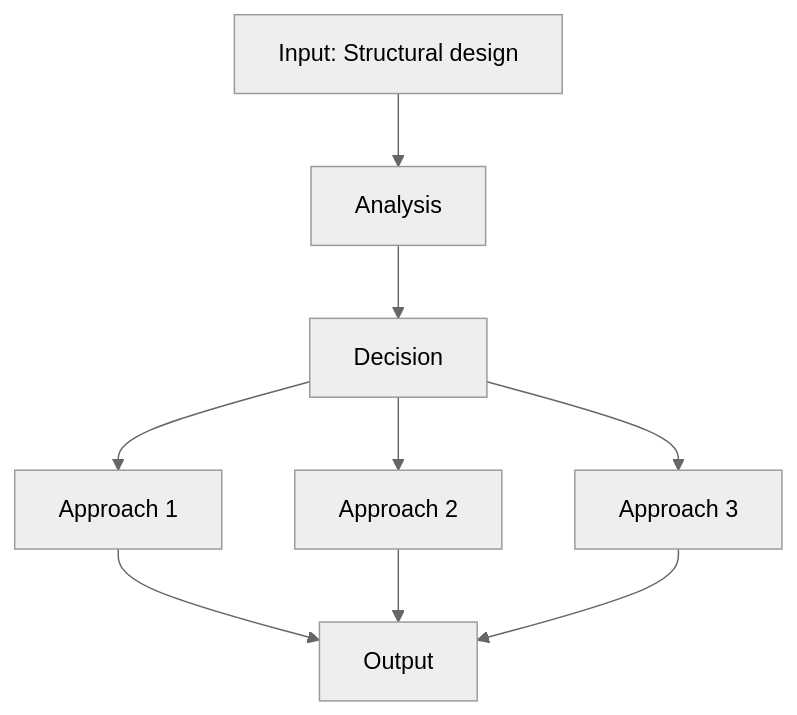
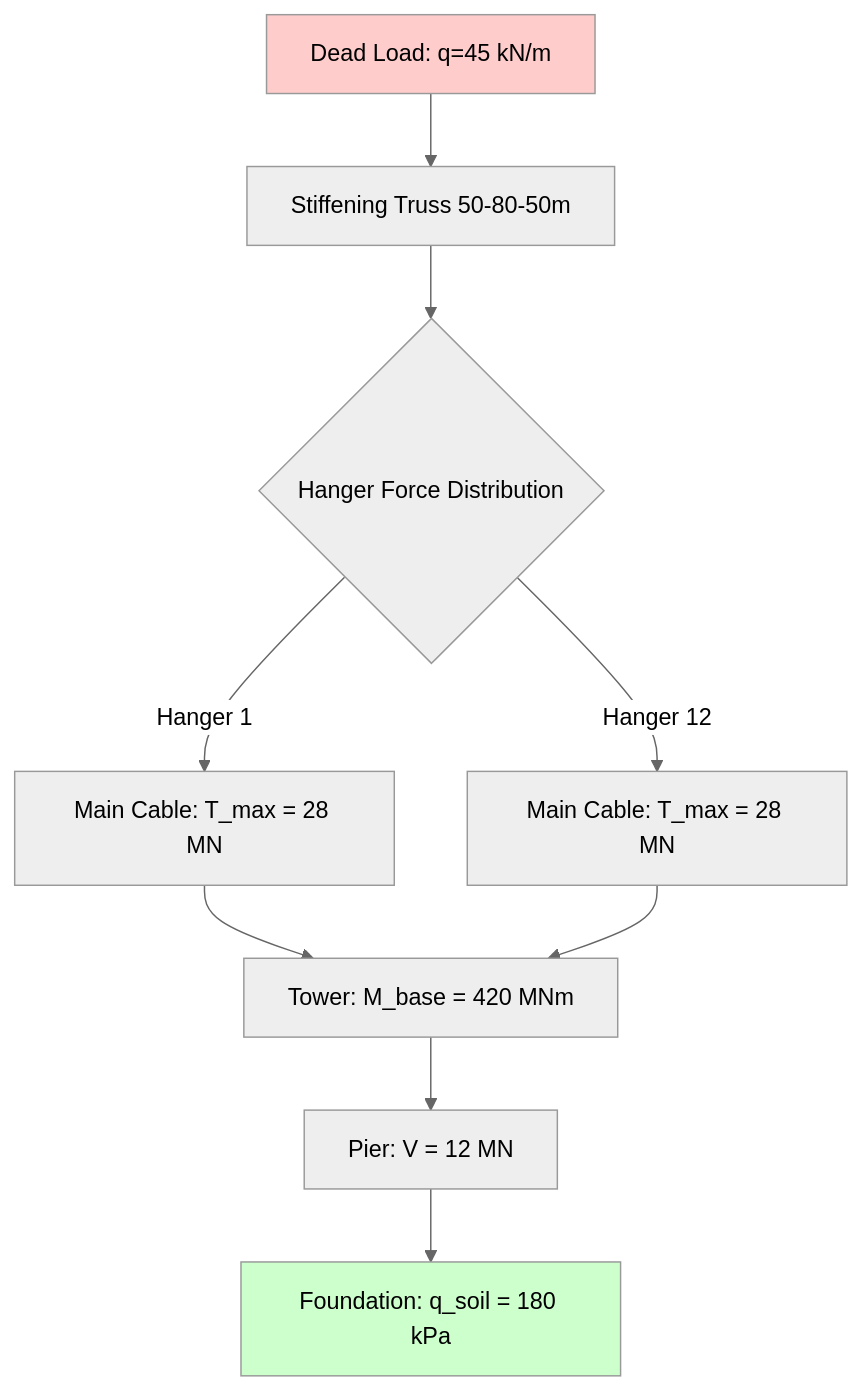
One commit to yip-lgtm/civil-bootcamp changed the first of 10 diagrams in MIT_CEE_MEng_SMD/01_1.562_1.563_Structural_Design_Project.md. Above: the diagram before and after it, drawn with Mermaid (neutral theme). The commit also changed other lines of this file and 21 other files, not shown here.

````diff
--- a/MIT_CEE_MEng_SMD/01_1.562_1.563_Structural_Design_Project.md
+++ b/MIT_CEE_MEng_SMD/01_1.562_1.563_Structural_Design_Project.md
@@ -90,11 +119,13 @@
 ```mermaid
 graph TD
-    A[Input: Structural design] --> B[Analysis]
-    B --> C[Decision]
-    C --> D[Approach 1]
-    C --> E[Approach 2]
-    C --> F[Approach 3]
-    D --> G[Output]
-    E --> G
-    F --> G
+    A[Dead Load: q=45 kN/m] --> B[Stiffening Truss 50-80-50m]
+    B --> C{Hanger Force Distribution}
+    C -->|Hanger 1| D[Main Cable: T_max = 28 MN]
+    C -->|Hanger 12| E[Main Cable: T_max = 28 MN]
+    D --> F[Tower: M_base = 420 MNm]
+    E --> F
+    F --> G[Pier: V = 12 MN]
+    G --> H[Foundation: q_soil = 180 kPa]
+    style A fill:#ffcccc
+    style H fill:#ccffcc
 ```
````
